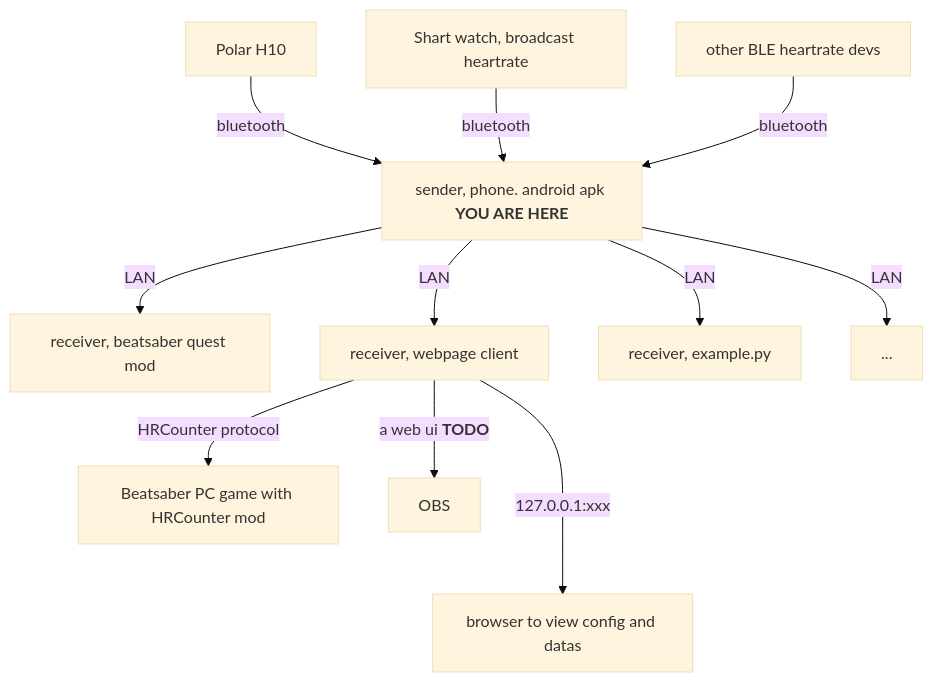
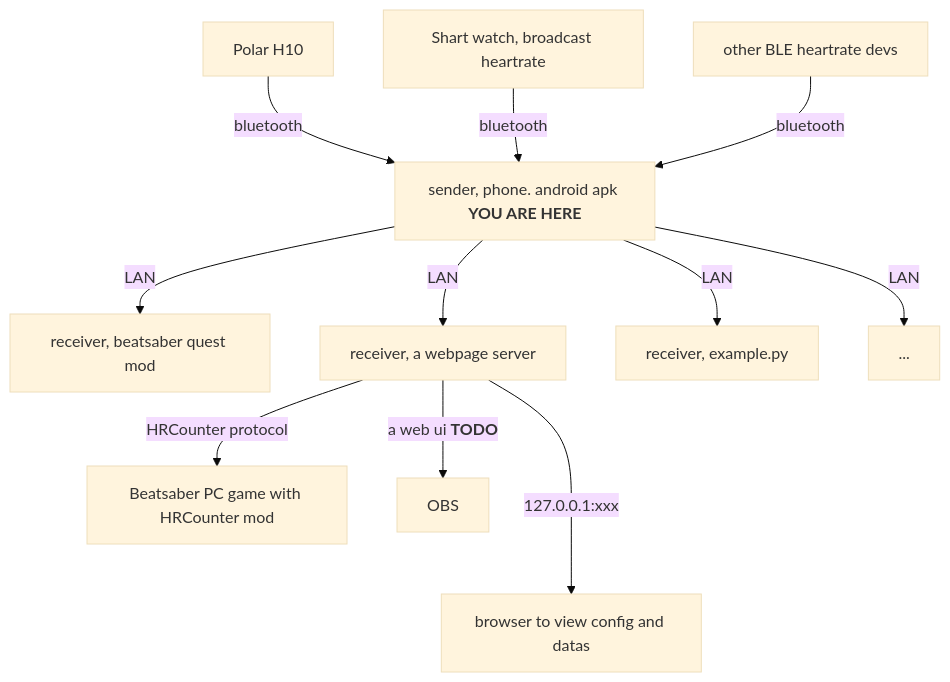
One commit to frto027/HeartbeatLanServer changed the diagram in README.md. Above: the diagram before and after it, drawn with Mermaid (base theme).

````diff
--- a/README.md
+++ b/README.md
@@ -13,25 +13,25 @@
 ```mermaid
 graph TD;
     POLAR_H10[Polar H10]
     SMART_WATCH[Shart watch, broadcast heartrate]
     BLE_DEV[other BLE heartrate devs]
     PHONE[sender, phone. android apk <b>YOU ARE HERE</b>]
     BEATSABER[receiver, beatsaber quest mod]
-    PCAPP[receiver, webpage client]
+    PCAPP[receiver, a webpage server]
     BEATSABER_PC[Beatsaber PC game with HRCounter mod]
     BROWSER[browser to view config and datas]
     EXAMPLE_PY[receiver, example.py]
 
     POLAR_H10--bluetooth-->PHONE;
     SMART_WATCH--bluetooth-->PHONE;
     BLE_DEV--bluetooth-->PHONE;
     PHONE--LAN-->EXAMPLE_PY;
     PHONE--LAN-->BEATSABER;
     PHONE--LAN-->PCAPP;
     PHONE--LAN-->...;
 
     PCAPP--127.0.0.1:xxxx-->BROWSER;
     PCAPP--HRCounter protocol-->BEATSABER_PC;
     PCAPP--a web ui <b>TODO</b> -->OBS
 
 ```
````
